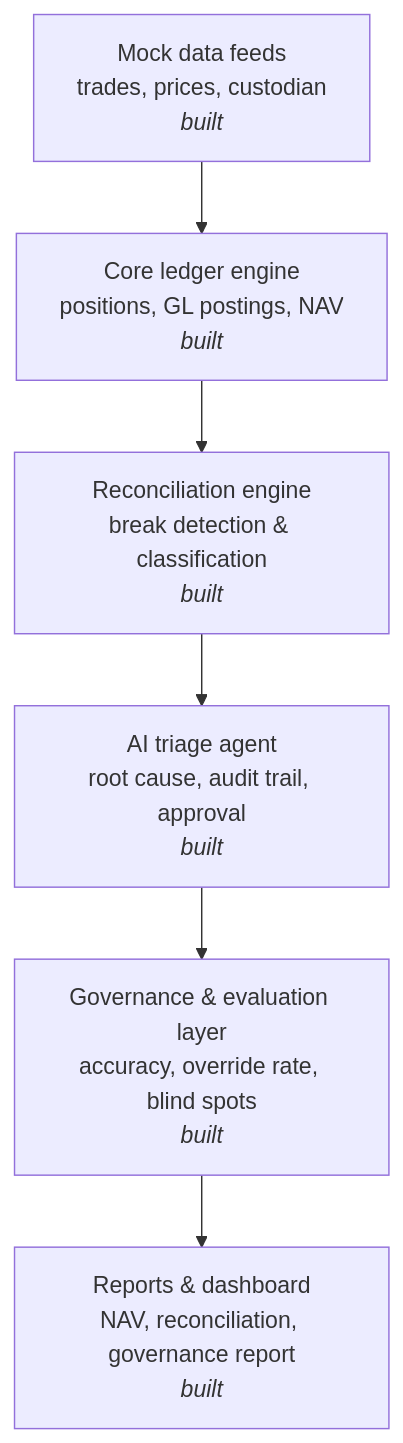
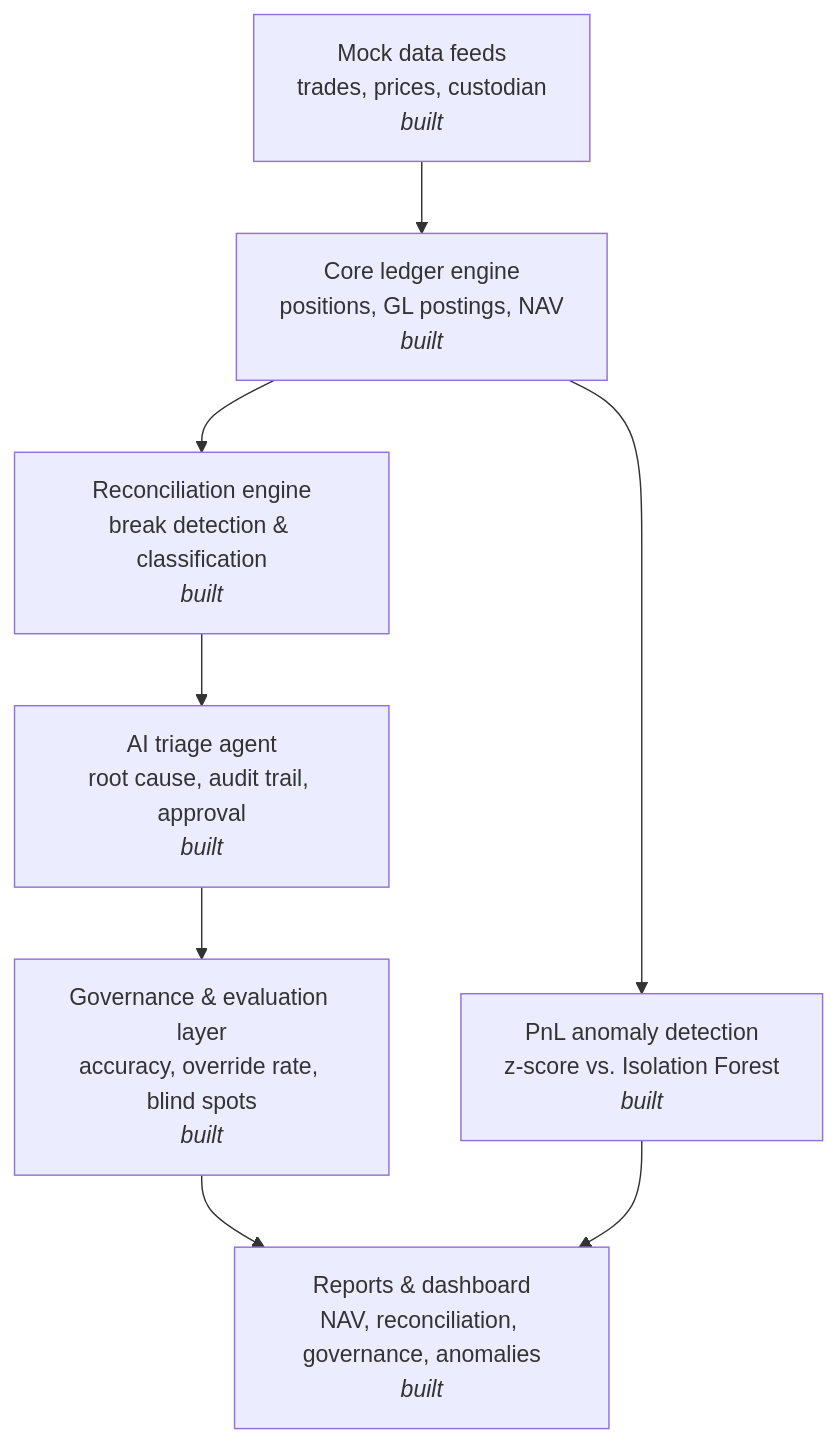
The first of 2 diagrams in README.md (yuschajp/ledger-engine), drawn with Mermaid before and after one commit. The commit also changed other lines of this file and 4 other files, not shown here.

Commit message:
Add PnL anomaly detection: z-score vs Isolation Forest, evaluated side by side

````diff
--- a/README.md
+++ b/README.md
@@ -11,8 +11,10 @@
 ```mermaid
 flowchart TD
     A[Mock data feeds<br/>trades, prices, custodian<br/><i>built</i>] --> B[Core ledger engine<br/>positions, GL postings, NAV<br/><i>built</i>]
     B --> C[Reconciliation engine<br/>break detection & classification<br/><i>built</i>]
     C --> D[AI triage agent<br/>root cause, audit trail, approval<br/><i>built</i>]
     D --> E[Governance & evaluation layer<br/>accuracy, override rate, blind spots<br/><i>built</i>]
-    E --> F[Reports & dashboard<br/>NAV, reconciliation, governance report<br/><i>built</i>]
+    B --> F[PnL anomaly detection<br/>z-score vs. Isolation Forest<br/><i>built</i>]
+    E --> G[Reports & dashboard<br/>NAV, reconciliation, governance, anomalies<br/><i>built</i>]
+    F --> G
 ```
````
